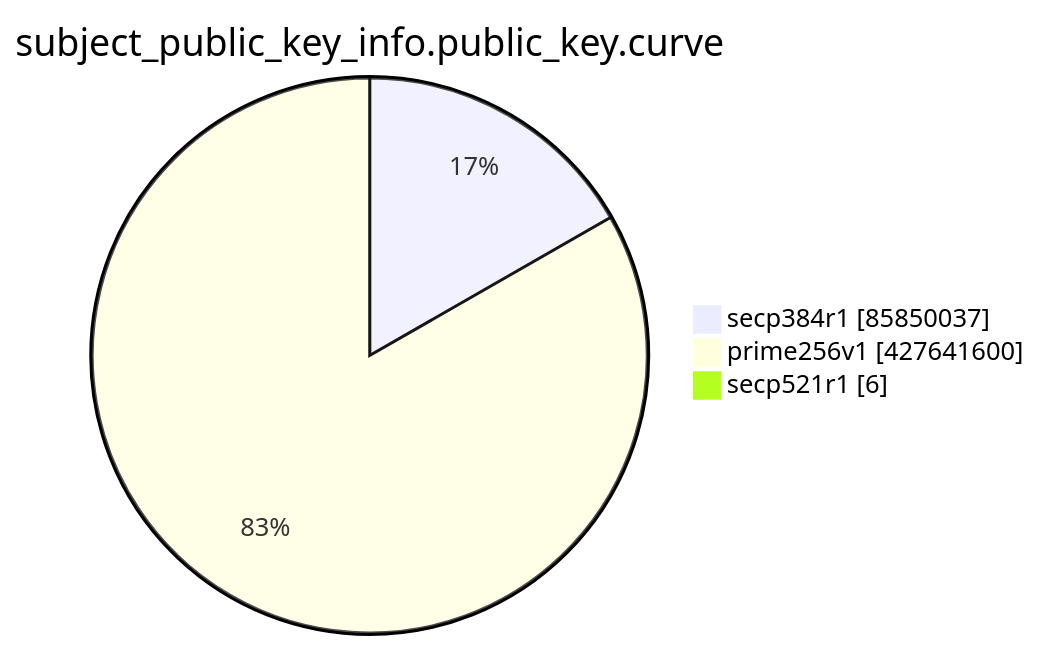
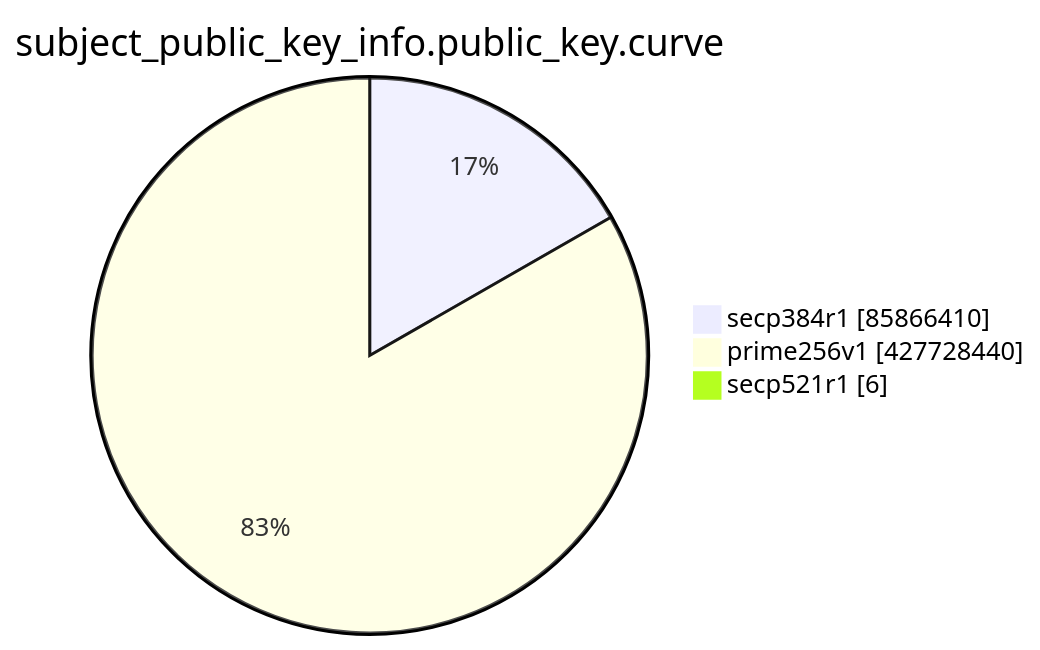
The eighth of 15 diagrams in TOTAL/README.md (christiankrug/ctmonitor_visualization), drawn with Mermaid before and after one commit. The commit also changed other lines of this file, not shown here.

````diff
--- a/TOTAL/README.md
+++ b/TOTAL/README.md
@@ -3100,7 +3100,7 @@
 ```mermaid
 pie showData
 title subject_public_key_info.public_key.curve
-"secp384r1" :85850037
-"prime256v1" :427641600
+"secp384r1" :85866410
+"prime256v1" :427728440
 "secp521r1" :6
 ```
````
